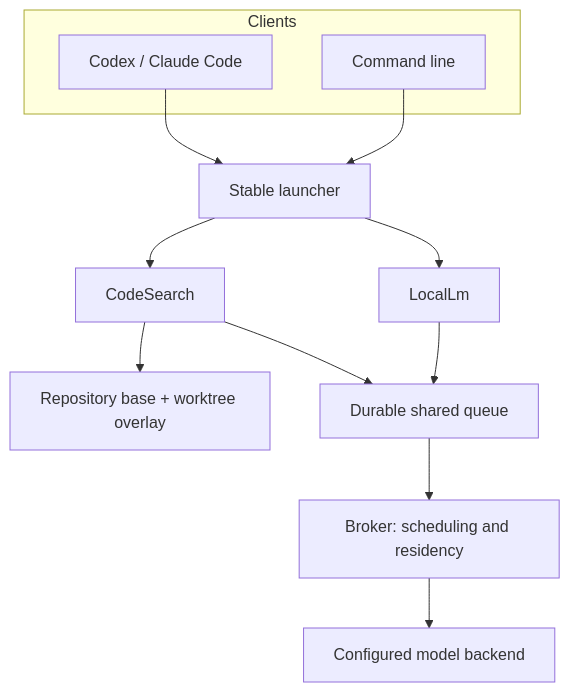
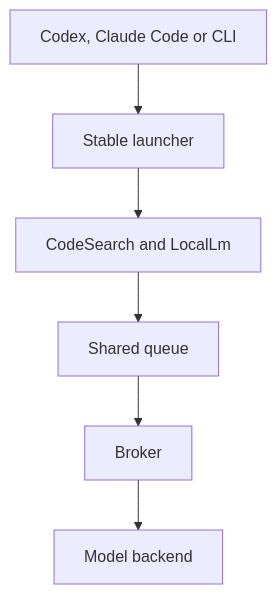
The first of 2 diagrams in docs/wiki/Architecture.md (MrAliev/local-ai-toolkit), drawn with Mermaid before and after one commit. The commit also changed other lines of this file and 14 other files, not shown here.

````diff
--- a/docs/wiki/Architecture.md
+++ b/docs/wiki/Architecture.md
@@ -9,16 +9,8 @@
 ```mermaid
 flowchart TB
-  subgraph clients["Clients"]
-    agent["Codex / Claude Code"]
-    cli["Command line"]
-  end
-  agent --> launcher["Stable launcher"]
-  cli --> launcher
-  launcher --> search["CodeSearch"]
-  launcher --> local["LocalLm"]
-  search --> index["Repository base + worktree overlay"]
-  search --> queue["Durable shared queue"]
-  local --> queue
-  queue --> broker["Broker: scheduling and residency"]
-  broker --> models["Configured model backend"]
+  clients["Codex, Claude Code or CLI"] --> launcher["Stable launcher"]
+  launcher --> tools["CodeSearch and LocalLm"]
+  tools --> queue["Shared queue"]
+  queue --> broker["Broker"]
+  broker --> models["Model backend"]
 ```
````
